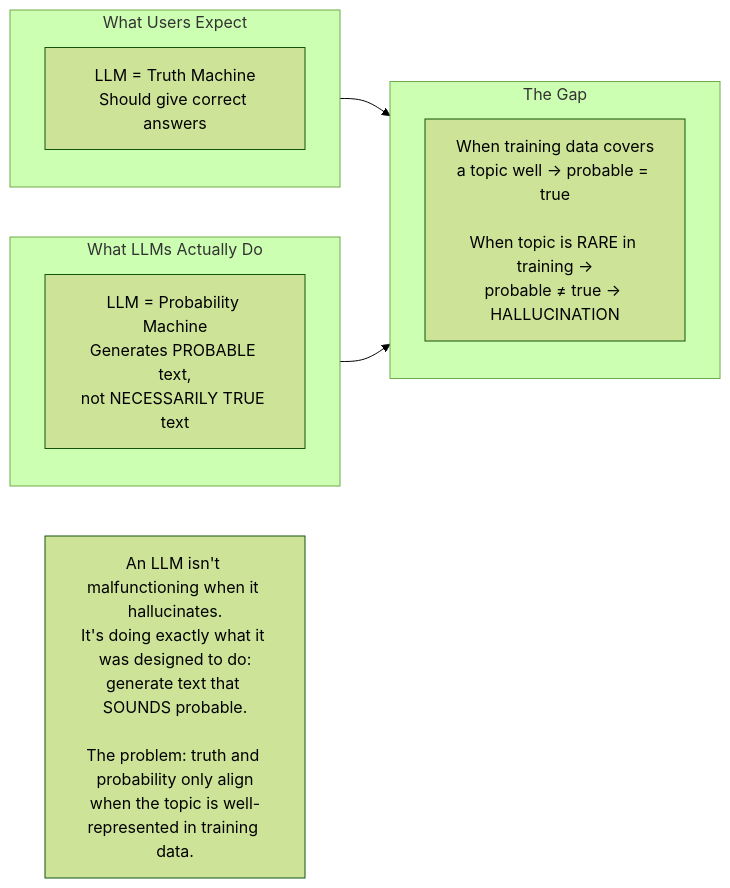
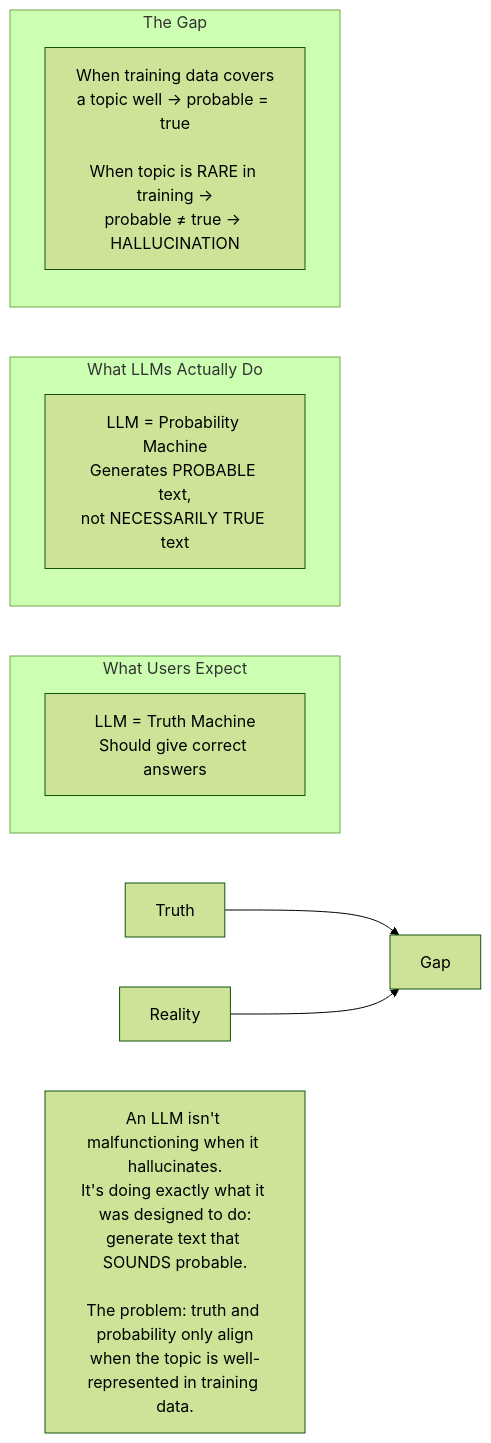
Before and after one commit to sarv-projects/study: diagram 18 of 26 in coursera_courses/RAG/module1.md, drawn with Mermaid (forest theme). The commit also changed other lines of this file and 2 other files, not shown here.

````diff
--- a/coursera_courses/RAG/module1.md
+++ b/coursera_courses/RAG/module1.md
@@ -800,19 +800,19 @@
 ```mermaid
 flowchart LR
-    subgraph Truth["What Users Expect"]
+    subgraph Truth_BOX["What Users Expect"]
         T["LLM = Truth Machine<br/>Should give correct answers"]
     end
     
-    subgraph Reality["What LLMs Actually Do"]
+    subgraph Reality_BOX["What LLMs Actually Do"]
         R["LLM = Probability Machine<br/>Generates PROBABLE text,<br/>not NECESSARILY TRUE text"]
     end
     
-    subgraph Gap["The Gap"]
+    subgraph Gap_BOX["The Gap"]
         G["When training data covers<br/>a topic well → probable = true<br/><br/>When topic is RARE in training →<br/>probable ≠ true → HALLUCINATION"]
     end
     
     Truth --> Gap
     Reality --> Gap
     
     note["An LLM isn't malfunctioning when it hallucinates.<br/>It's doing exactly what it was designed to do:<br/>generate text that SOUNDS probable.<br/><br/>The problem: truth and probability only align<br/>when the topic is well-represented in training data."]
 ```
````
